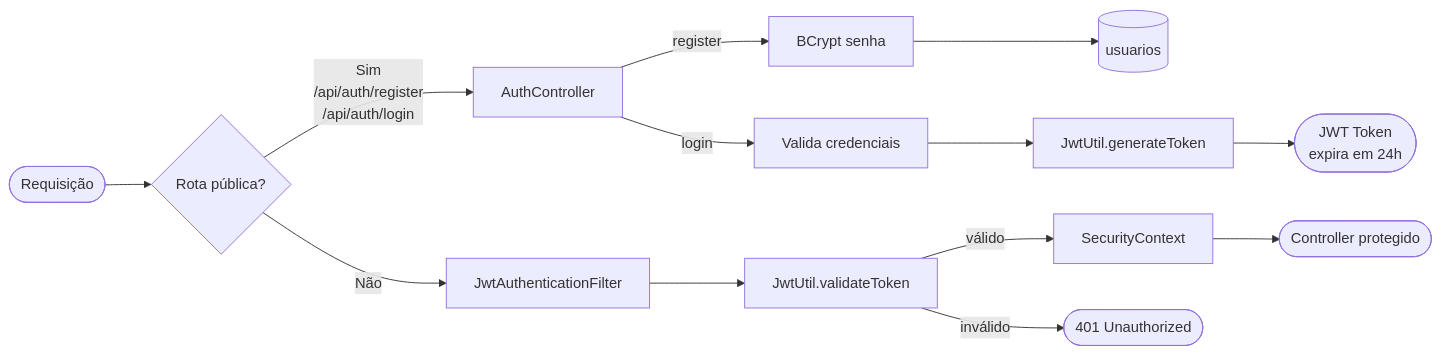
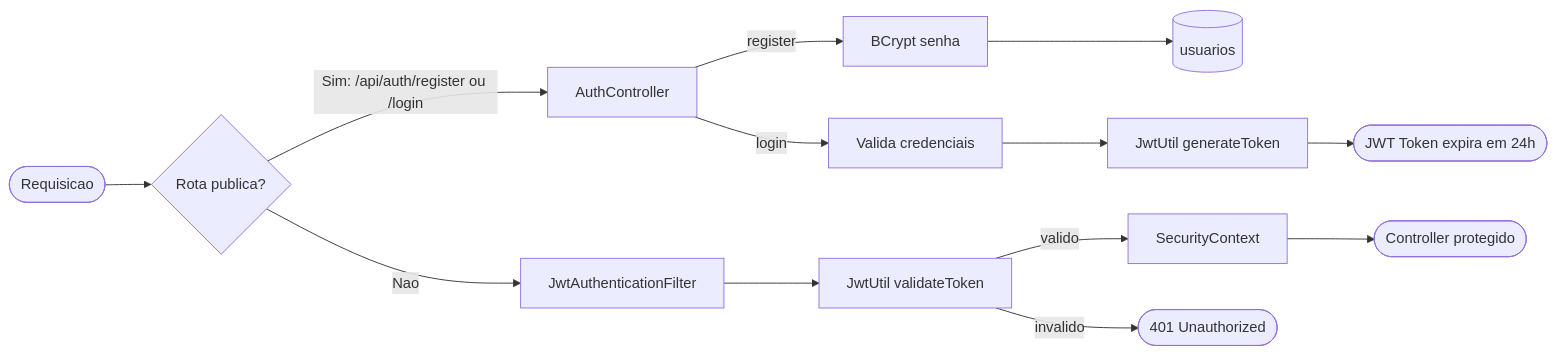
Before and after one commit to soat13-oficina/oficina-app: the sixth of 7 diagrams in docs/fluxograma.md, drawn with Mermaid. The commit also changed other lines of this file and 1 other file, not shown here.

Commit message:
docs: corrige sintaxe Mermaid nos fluxogramas

````diff
--- a/docs/fluxograma.md
+++ b/docs/fluxograma.md
@@ -159,17 +159,17 @@
 ```mermaid
 flowchart LR
-    A([Requisição]) --> B{Rota pública?}
-    B -->|Sim\n/api/auth/register\n/api/auth/login| C[AuthController]
-    B -->|Não| D[JwtAuthenticationFilter]
+    A([Requisicao]) --> B{Rota publica?}
+    B -->|"Sim: /api/auth/register ou /login"| C[AuthController]
+    B -->|Nao| D[JwtAuthenticationFilter]
 
-    C -->|register| E[BCrypt senha]
+    C -->|register| E["BCrypt senha"]
     E --> F[(usuarios)]
     C -->|login| G[Valida credenciais]
-    G --> H[JwtUtil.generateToken]
-    H --> I([JWT Token\nexpira em 24h])
+    G --> H["JwtUtil generateToken"]
+    H --> I(["JWT Token expira em 24h"])
 
-    D --> J[JwtUtil.validateToken]
-    J -->|válido| K[SecurityContext]
+    D --> J["JwtUtil validateToken"]
+    J -->|valido| K[SecurityContext]
     K --> L([Controller protegido])
-    J -->|inválido| M([401 Unauthorized])
+    J -->|invalido| M([401 Unauthorized])
 ```
````
